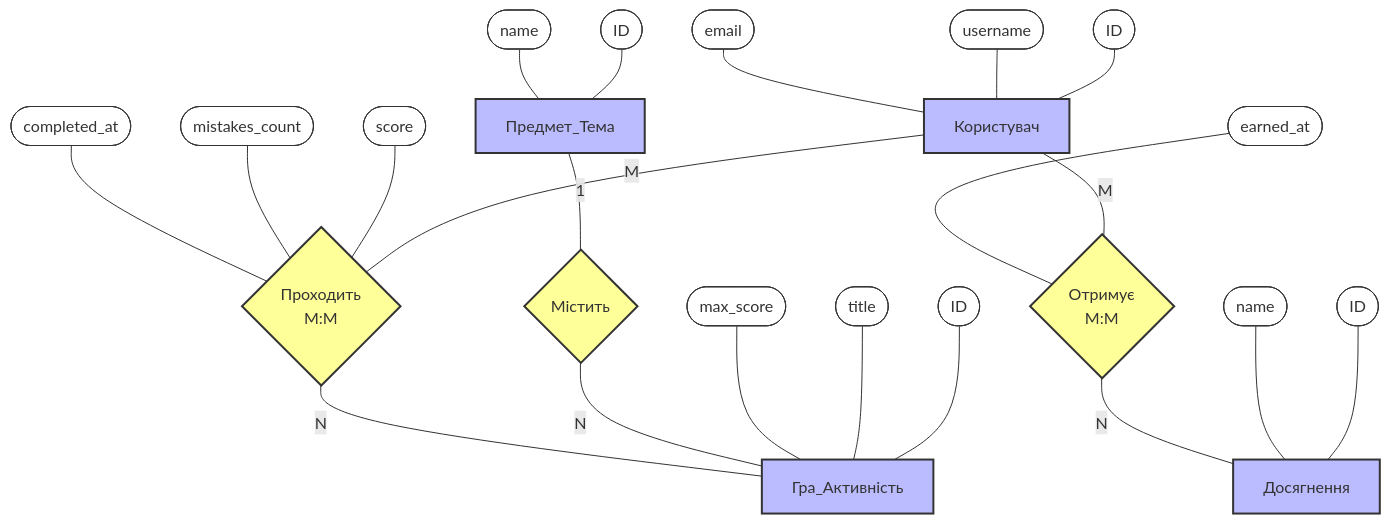
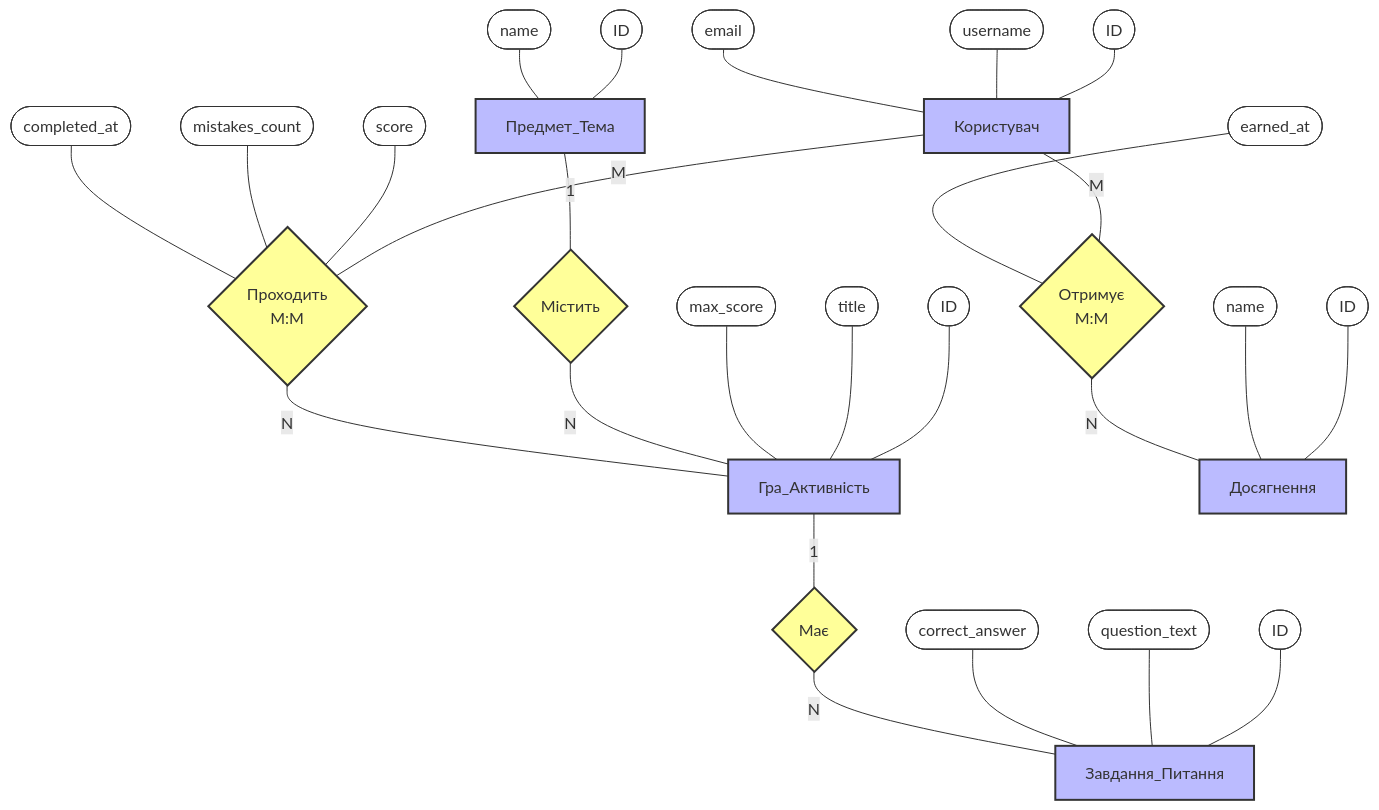
Before and after one commit to Zelon4ik/practic_2: the first of 2 diagrams in database_design/schemas.md, drawn with Mermaid. The commit also changed other lines of this file and 36 other files, not shown here.

````diff
--- a/database_design/schemas.md
+++ b/database_design/schemas.md
@@ -8,52 +8,62 @@
 ```mermaid
 flowchart TD
     %% Стилізація
     classDef entity fill:#bbf,stroke:#333,stroke-width:2px;
     classDef attribute fill:#fff,stroke:#333,stroke-width:1px,rx:20,ry:20;
     classDef relationship fill:#ff9,stroke:#333,stroke-width:2px,shape:diamond;
 
     %% Сутності
     U[Користувач]:::entity
     G[Гра_Активність]:::entity
     S[Предмет_Тема]:::entity
     A[Досягнення]:::entity
+    Q[Завдання_Питання]:::entity
 
     %% Атрибути Користувача
     U_id([ID]):::attribute --- U
     U_n([username]):::attribute --- U
     U_e([email]):::attribute --- U
 
     %% Атрибути Гри
     G_id([ID]):::attribute --- G
     G_t([title]):::attribute --- G
     G_m([max_score]):::attribute --- G
+
+    %% Атрибути Завдання
+    Q_id([ID]):::attribute --- Q
+    Q_text([question_text]):::attribute --- Q
+    Q_ans([correct_answer]):::attribute --- Q
 
     %% Атрибути Предмету
     S_id([ID]):::attribute --- S
     S_n([name]):::attribute --- S
 
     %% Атрибути Досягнення
     A_id([ID]):::attribute --- A
     A_n([name]):::attribute --- A
 
     %% Зв'язки
     S_G{Містить}:::relationship
     S ---|1| S_G
     S_G ---|N| G
+
+    G_Q{Має}:::relationship
+    G ---|1| G_Q
+    G_Q ---|N| Q
 
     U_G{Проходить <br> M:M}:::relationship
     U ---|M| U_G
     U_G ---|N| G
     
     %% Атрибути зв'язку "Проходить" (те, що пізніше стане таблицею Session)
     Attr1([score]):::attribute --- U_G
     Attr2([mistakes_count]):::attribute --- U_G
     Attr3([completed_at]):::attribute --- U_G
 
     U_A{Отримує <br> M:M}:::relationship
     U ---|M| U_A
     U_A ---|N| A
     
     %% Атрибут зв'язку "Отримує"
     Attr4([earned_at]):::attribute --- U_A
 ```
````
